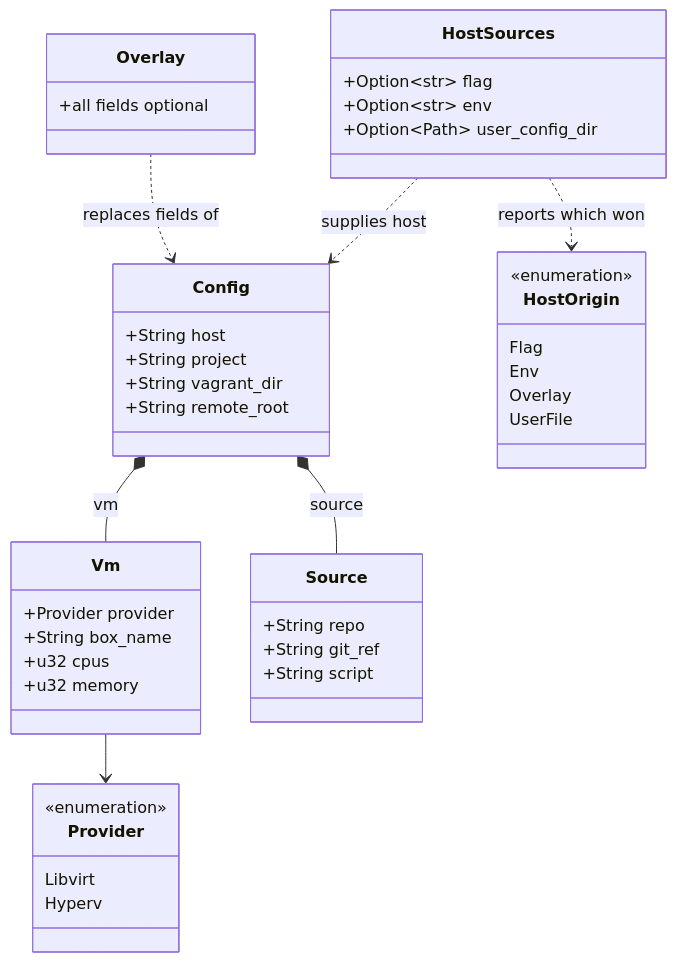
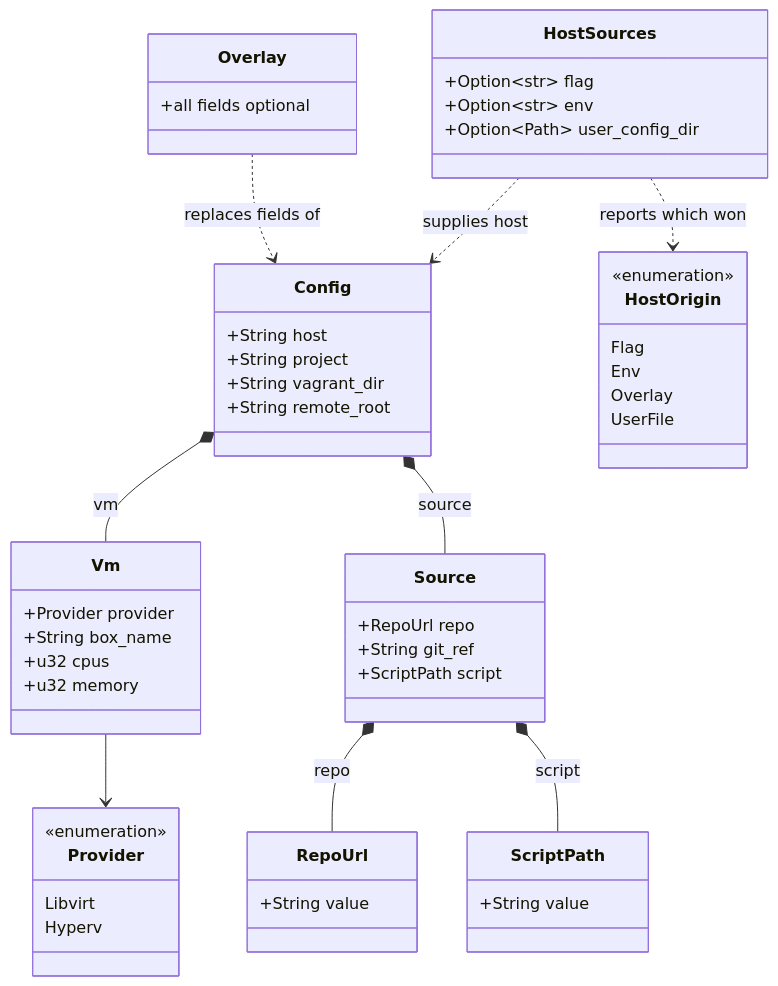
Before and after one commit to breki/bombyx: the third of 6 diagrams in docs/architecture.md, drawn with Mermaid. The commit also changed other lines of this file and 10 other files, not shown here.

````diff
--- a/docs/architecture.md
+++ b/docs/architecture.md
@@ -118,47 +118,55 @@
 ```mermaid
 classDiagram
   class Config {
     +String host
     +String project
     +String vagrant_dir
     +String remote_root
   }
   class Vm {
     +Provider provider
     +String box_name
     +u32 cpus
     +u32 memory
   }
   class Source {
-    +String repo
+    +RepoUrl repo
     +String git_ref
-    +String script
+    +ScriptPath script
+  }
+  class RepoUrl {
+    +String value
+  }
+  class ScriptPath {
+    +String value
   }
   class Provider {
     <<enumeration>>
     Libvirt
     Hyperv
   }
   class Overlay {
     +all fields optional
   }
   class HostSources {
     +Option~str~ flag
     +Option~str~ env
     +Option~Path~ user_config_dir
   }
   class HostOrigin {
     <<enumeration>>
     Flag
     Env
     Overlay
     UserFile
   }
 
   Config *-- Vm : vm
   Config *-- Source : source
   Vm --> Provider
+  Source *-- RepoUrl : repo
+  Source *-- ScriptPath : script
   Overlay ..> Config : replaces fields of
   HostSources ..> Config : supplies host
   HostSources ..> HostOrigin : reports which won
 ```
````
